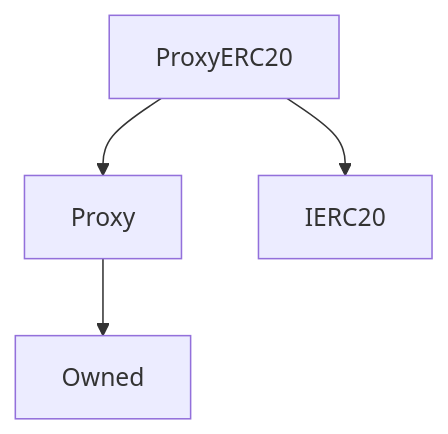
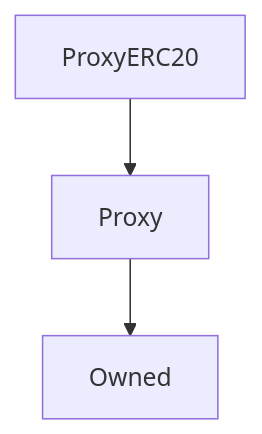
One commit to Synthetixio/synthetix-docs changed the diagram in content/contracts/ProxyERC20.md. Above: the diagram before and after it, drawn with Mermaid. The commit also changed 46 other files, not shown here.

````diff
--- a/content/contracts/ProxyERC20.md
+++ b/content/contracts/ProxyERC20.md
@@ -9,6 +9,5 @@
 ```mermaid
 graph TD
     ProxyERC20[ProxyERC20] --> Proxy[Proxy]
-    ProxyERC20[ProxyERC20] --> IERC20[IERC20]
     Proxy[Proxy] --> Owned[Owned]
 ```
````
